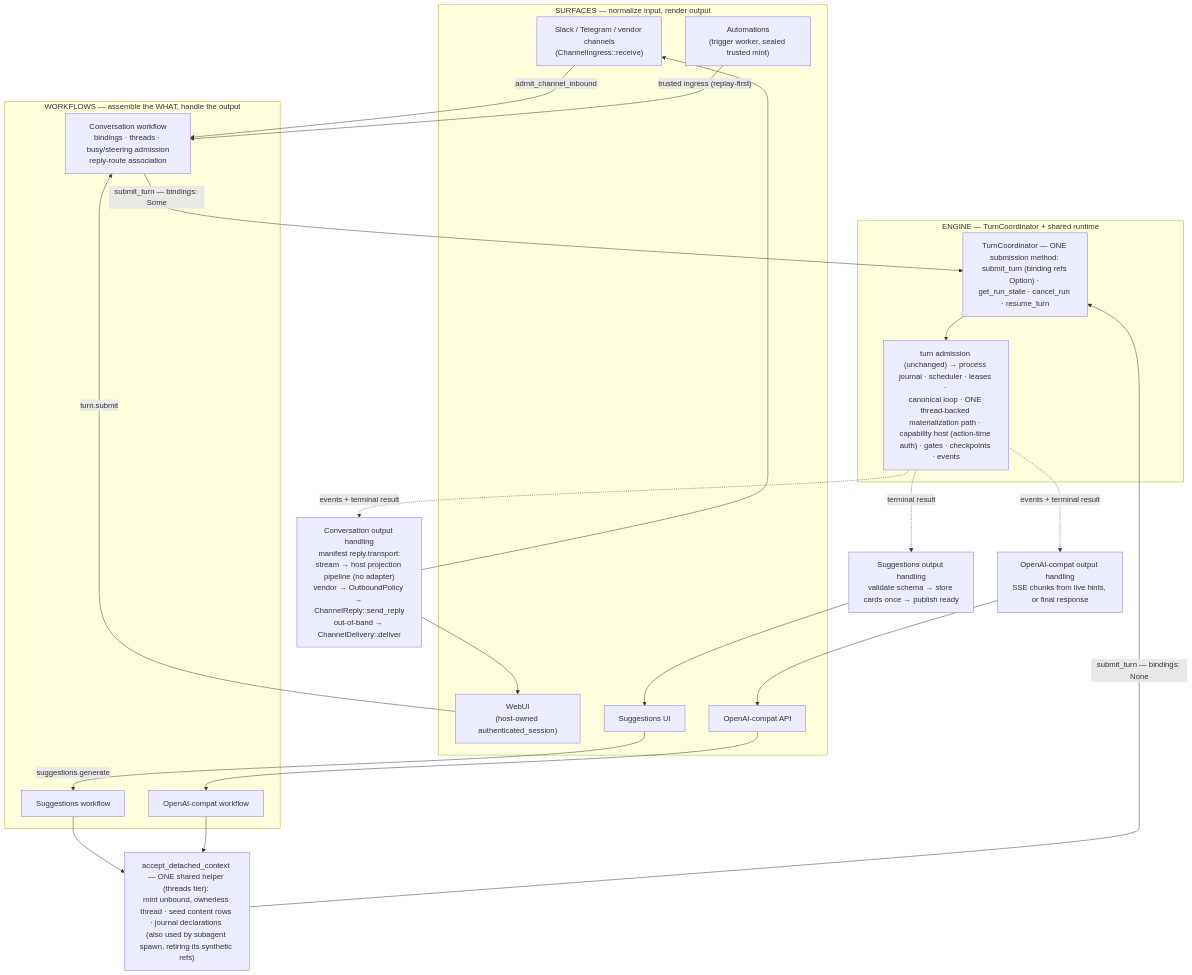
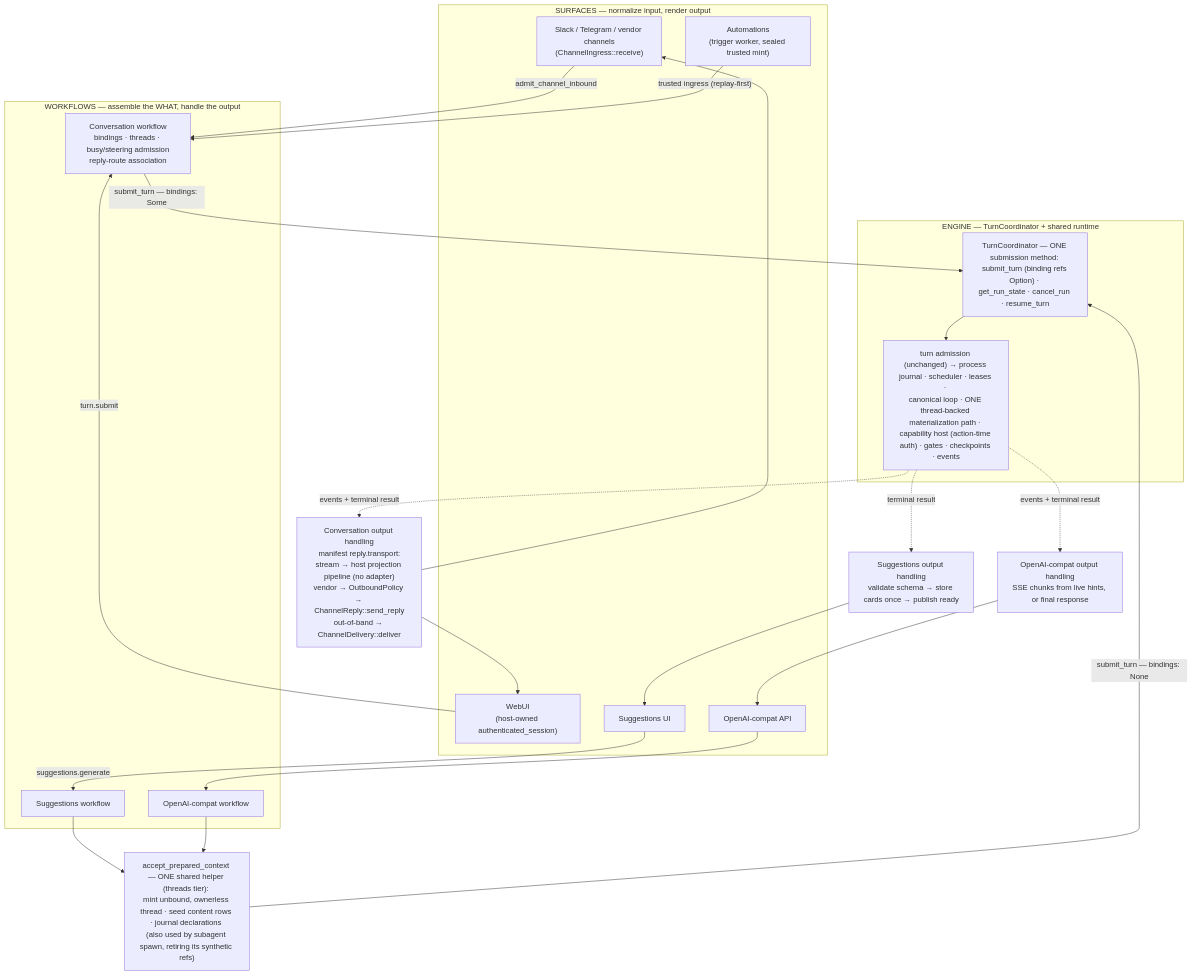
The diagram in docs/internal/design/2026-08-12-one-engine-many-surfaces.md (linhongyu510/ironclaw), drawn with Mermaid before and after one commit. The commit also changed other lines of this file and 119 other files, not shown here.

First line of the commit message:
feat(unbound-turns): prepared-context accept door, unbound run lane, kernel binding-ref deletion (#7633)

````diff
--- a/docs/internal/design/2026-08-12-one-engine-many-surfaces.md
+++ b/docs/internal/design/2026-08-12-one-engine-many-surfaces.md
@@ -49,44 +49,44 @@
 ```mermaid
 flowchart TB
     subgraph Surfaces["SURFACES — normalize input, render output"]
         Slack["Slack / Telegram / vendor channels<br/>(ChannelIngress::receive)"]
         WebUI["WebUI<br/>(host-owned authenticated_session)"]
         Trig["Automations<br/>(trigger worker, sealed trusted mint)"]
         SuggUI["Suggestions UI"]
         OAIApi["OpenAI-compat API"]
     end
 
     subgraph Workflows["WORKFLOWS — assemble the WHAT, handle the output"]
         Conv["Conversation workflow<br/>bindings · threads · busy/steering admission<br/>reply-route association"]
         Sugg["Suggestions workflow"]
         Compat["OpenAI-compat workflow"]
     end
 
     subgraph Engine["ENGINE — TurnCoordinator + shared runtime"]
         AE["TurnCoordinator — ONE submission method: <br/>submit_turn (binding refs Option) · <br/>get_run_state · cancel_run · resume_turn"]
         RT["turn admission (unchanged) → process journal · scheduler · leases · <br/>canonical loop · ONE thread-backed materialization path · <br/>capability host (action-time auth) · gates · checkpoints · events"]
         AE --> RT
     end
 
-    PREP["accept_detached_context — ONE shared helper (threads tier): <br/>mint unbound, ownerless thread · seed content rows · journal declarations <br/>(also used by subagent spawn, retiring its synthetic refs)"]
+    PREP["accept_prepared_context — ONE shared helper (threads tier): <br/>mint unbound, ownerless thread · seed content rows · journal declarations <br/>(also used by subagent spawn, retiring its synthetic refs)"]
 
     Slack -->|"admit_channel_inbound"| Conv
     WebUI -->|"turn.submit"| Conv
     Trig -->|"trusted ingress (replay-first)"| Conv
     SuggUI -->|"suggestions.generate"| Sugg
     OAIApi --> Compat
 
     Conv -->|"submit_turn — bindings: Some"| AE
     Sugg --> PREP
     Compat --> PREP
     PREP -->|"submit_turn — bindings: None"| AE
 
     RT -.->|"events + terminal result"| ConvOut["Conversation output handling<br/>manifest reply.transport:<br/>stream → host projection pipeline (no adapter)<br/>vendor → OutboundPolicy → ChannelReply::send_reply<br/>out-of-band → ChannelDelivery::deliver"]
     RT -.->|"terminal result"| SuggOut["Suggestions output handling<br/>validate schema → store cards once → publish ready"]
     RT -.->|"events + terminal result"| CompatOut["OpenAI-compat output handling<br/>SSE chunks from live hints, or final response"]
 
     ConvOut --> Slack
     ConvOut --> WebUI
     SuggOut --> SuggUI
     CompatOut --> OAIApi
 ```
````
